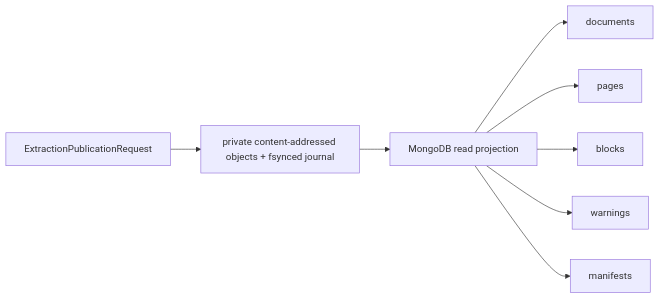
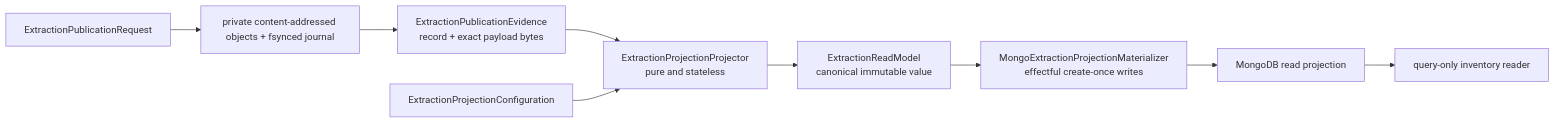
Before and after one commit to eragasa/projectkoios-ingestion: the diagram in docs/architecture/projectkoios/ingestion/storage/extraction/schematic.md, drawn with Mermaid. The commit also changed other lines of this file and 35 other files, not shown here.

Commit message:
Implement pure extraction projection and Mongo materialization

````diff
--- a/docs/architecture/projectkoios/ingestion/storage/extraction/schematic.md
+++ b/docs/architecture/projectkoios/ingestion/storage/extraction/schematic.md
@@ -3,19 +3,21 @@
 ```mermaid
 flowchart LR
     Request["ExtractionPublicationRequest"]
     Disk["private content-addressed objects + fsynced journal"]
+    Record["ExtractionPublicationEvidence<br/>record + exact payload bytes"]
+    Config["ExtractionProjectionConfiguration"]
+    Projector["ExtractionProjectionProjector<br/>pure and stateless"]
+    ReadModel["ExtractionReadModel<br/>canonical immutable value"]
+    Materializer["MongoExtractionProjectionMaterializer<br/>effectful create-once writes"]
     Mongo["MongoDB read projection"]
-    Documents["documents"]
-    Pages["pages"]
-    Blocks["blocks"]
-    Warnings["warnings"]
-    Manifests["manifests"]
+    Inventory["query-only inventory reader"]
 
     Request --> Disk
-    Disk --> Mongo
-    Mongo --> Documents
-    Mongo --> Pages
-    Mongo --> Blocks
-    Mongo --> Warnings
-    Mongo --> Manifests
+    Disk --> Record
+    Record --> Projector
+    Config --> Projector
+    Projector --> ReadModel
+    ReadModel --> Materializer
+    Materializer --> Mongo
+    Mongo --> Inventory
 ```
````
